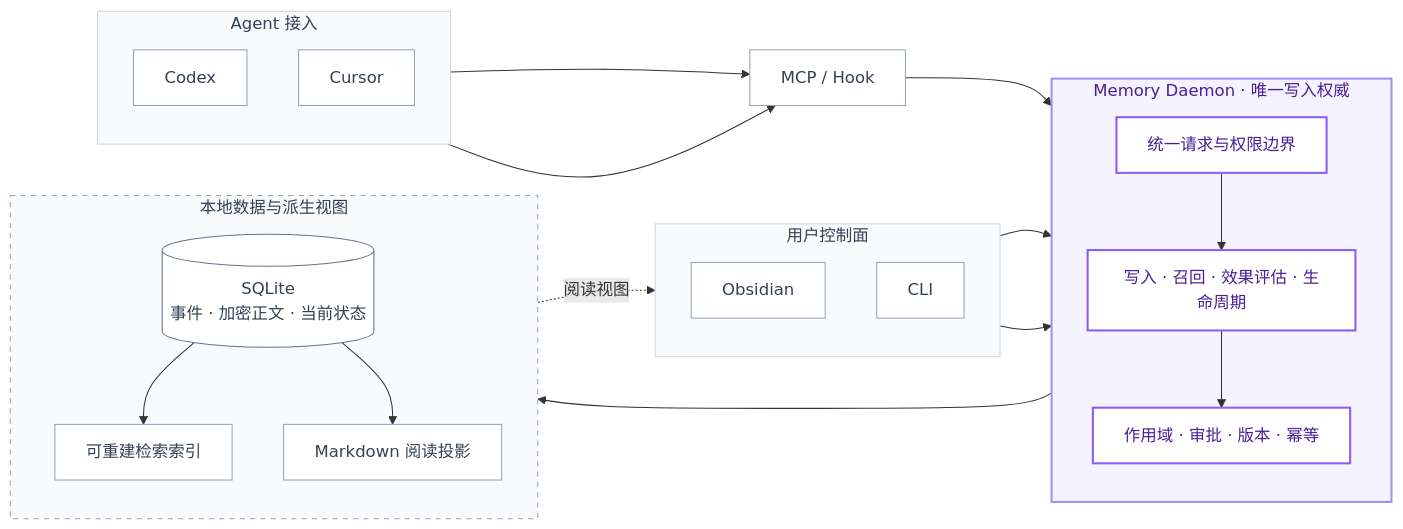
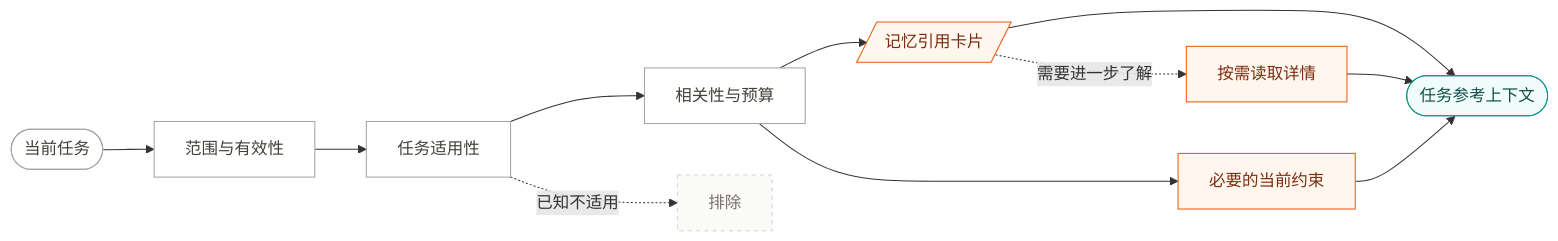
One commit to changsheng1224/agent-projects changed the third of 3 diagrams in memcontrol/README.md. Above: the diagram before and after it, drawn with Mermaid. The commit also changed other lines of this file, not shown here.

Commit message:
docs: refine MemControl presentation and remove acceptance records

````diff
--- a/memcontrol/README.md
+++ b/memcontrol/README.md
@@ -115,53 +118,22 @@
 ```mermaid
 flowchart LR
-  subgraph AGENTS["Agent 接入"]
-    direction TB
-    CODEX["Codex"]
-    CURSOR["Cursor"]
-  end
+  T(["当前任务"]) --> S["范围与有效性"]
+  S --> A["任务适用性"]
+  A --> R["相关性与预算"]
+  A -.->|已知不适用| X["排除"]
+  R --> C[/"记忆引用卡片"/]
+  R --> K["必要的当前约束"]
+  C --> O(["任务参考上下文"])
+  C -.->|需要进一步了解| D["按需读取详情"]
+  D --> O
+  K --> O
 
-  BRIDGE["MCP / Hook"]
-  CODEX --> BRIDGE
-  CURSOR --> BRIDGE
-
-  subgraph CONTROL["用户控制面"]
-    direction TB
-    OBS["Obsidian"]
-    CLI["CLI"]
-  end
-
-  subgraph DAEMON["Memory Daemon · 唯一写入权威"]
-    direction TB
-    RPC["统一请求与权限边界"]
-    APP["写入 · 召回 · 效果评估 · 生命周期"]
-    POLICY["作用域 · 审批 · 版本 · 幂等"]
-    RPC --> APP
-    APP --> POLICY
-  end
-
-  subgraph DATA["本地数据与派生视图"]
-    direction TB
-    DB[("SQLite<br/>事件 · 加密正文 · 当前状态")]
-    INDEX["可重建检索索引"]
-    VIEW["Markdown 阅读投影"]
-    DB --> INDEX
-    DB --> VIEW
-  end
-
-  BRIDGE --> RPC
-  OBS --> RPC
-  CLI --> RPC
-  APP --> DB
-  VIEW -.->|阅读视图| OBS
-
-  classDef module fill:#FFFFFF,stroke:#94A3B8,color:#334155
-  classDef authority fill:#FFFFFF,stroke:#8B5CF6,stroke-width:2px,color:#4C1D95
-  classDef storage fill:#FFFFFF,stroke:#64748B,color:#334155
-  class CODEX,CURSOR,BRIDGE,OBS,CLI,INDEX,VIEW module
-  class RPC,APP,POLICY authority
-  class DB storage
-  style AGENTS fill:#F8FAFC,stroke:#CBD5E1,color:#334155
-  style CONTROL fill:#F8FAFC,stroke:#CBD5E1,color:#334155
-  style DAEMON fill:#F5F3FF,stroke:#A78BFA,stroke-width:2px,color:#4C1D95
-  style DATA fill:#F8FAFC,stroke:#94A3B8,stroke-dasharray:5 5,color:#334155
+  classDef filter fill:#FFFFFF,stroke:#A8A29E,color:#44403C
+  classDef reference fill:#FFF7ED,stroke:#EA580C,color:#7C2D12
+  classDef output fill:#F0FDFA,stroke:#0D9488,color:#134E4A
+  classDef excluded fill:#FAFAF9,stroke:#D6D3D1,stroke-dasharray:4 4,color:#78716C
+  class T,S,A,R filter
+  class C,D,K reference
+  class O output
+  class X excluded
 ```
````
